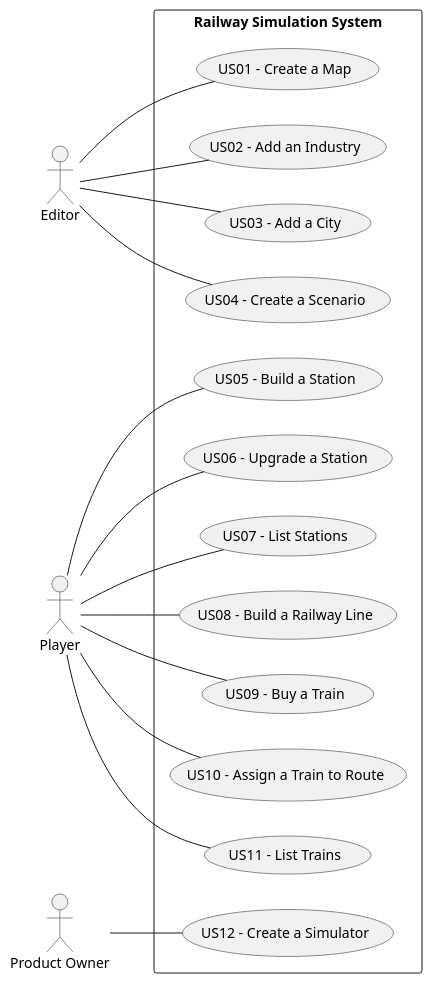
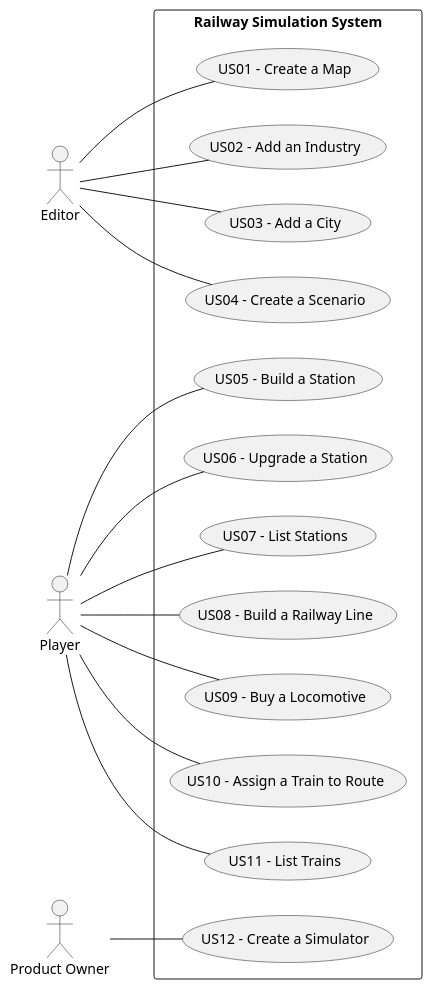
One commit to HenriqueSilva18/Railway-Network-Simulator changed the diagram in docs/system-documentation/global-artifacts/01.requirements-engineering/puml/UCD.puml. Above: the diagram before and after it, drawn with PlantUML. The commit also changed 2 other files, not shown here.

```diff
--- a/docs/system-documentation/global-artifacts/01.requirements-engineering/puml/UCD.puml
+++ b/docs/system-documentation/global-artifacts/01.requirements-engineering/puml/UCD.puml
@@ -1,24 +1,24 @@
 @startuml
 left to right direction
 actor Editor
 actor Player
 actor "Product Owner" as PO
 
 rectangle "Railway Simulation System" {
 
     Editor -- (US01 - Create a Map)
     Editor -- (US02 - Add an Industry)
     Editor -- (US03 - Add a City)
     Editor -- (US04 - Create a Scenario)
 
     Player -- (US05 - Build a Station)
     Player -- (US06 - Upgrade a Station)
     Player -- (US07 - List Stations)
     Player -- (US08 - Build a Railway Line)
-    Player -- (US09 - Buy a Train)
+    Player -- (US09 - Buy a Locomotive)
     Player -- (US10 - Assign a Train to Route)
     Player -- (US11 - List Trains)
 
     PO -- (US12 - Create a Simulator)
 }
 @enduml
```
